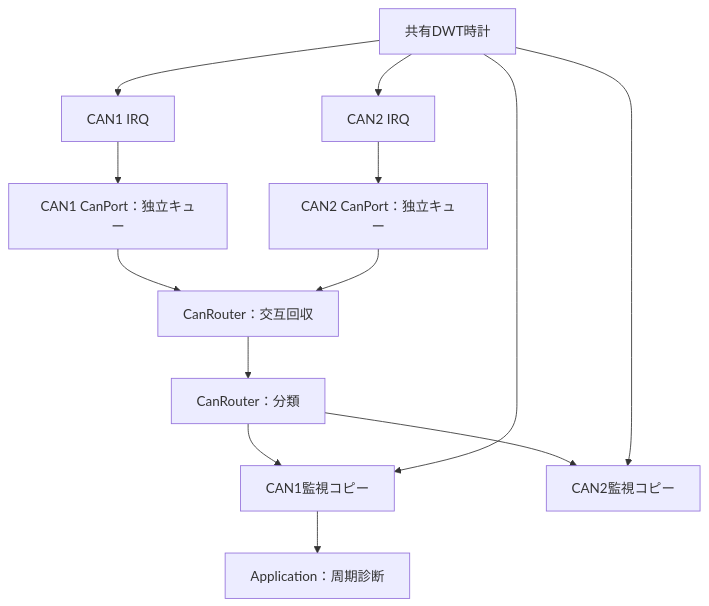
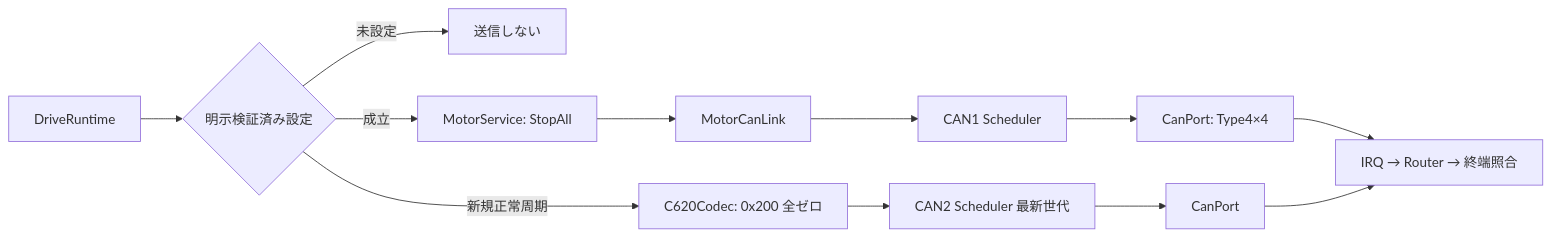
Before and after one commit to kou-pen/balancing: the fifth of 8 diagrams in docs/diagrams.md, drawn with Mermaid. The commit also changed other lines of this file and 16 other files, not shown here.

```diff
--- a/docs/diagrams.md
+++ b/docs/diagrams.md
@@ -414,15 +91,14 @@
 <pre class="mermaid">
-flowchart TB
-    I1["CAN1 IRQ"] --> P1["CAN1 CanPort：独立キュー"]
-    I2["CAN2 IRQ"] --> P2["CAN2 CanPort：独立キュー"]
-    DWT["共有DWT時計"] --> I1
-    DWT --> I2
-    P1 --> POLL["CanRouter：交互回収"]
-    P2 --> POLL
-    POLL --> R["CanRouter：分類"]
-    R --> S1["CAN1監視コピー"]
-    R --> S2["CAN2監視コピー"]
-    DWT --> S1
-    DWT --> S2
-    S1 --> APP["Application：周期診断"]
+flowchart LR
+    APP["DriveRuntime"] --> CHECK{"明示検証済み設定"}
+    CHECK -->|未設定| OFF["送信しない"]
+    CHECK -->|成立| STOP["MotorService: StopAll"]
+    STOP --> LINK["MotorCanLink"]
+    LINK --> S1["CAN1 Scheduler"]
+    S1 --> P1["CanPort: Type4×4"]
+    CHECK -->|新規正常周期| ZERO["C620Codec: 0x200 全ゼロ"]
+    ZERO --> S2["CAN2 Scheduler 最新世代"]
+    S2 --> P2["CanPort"]
+    P1 --> ACK["IRQ → Router → 終端照合"]
+    P2 --> ACK
 </pre>
```
